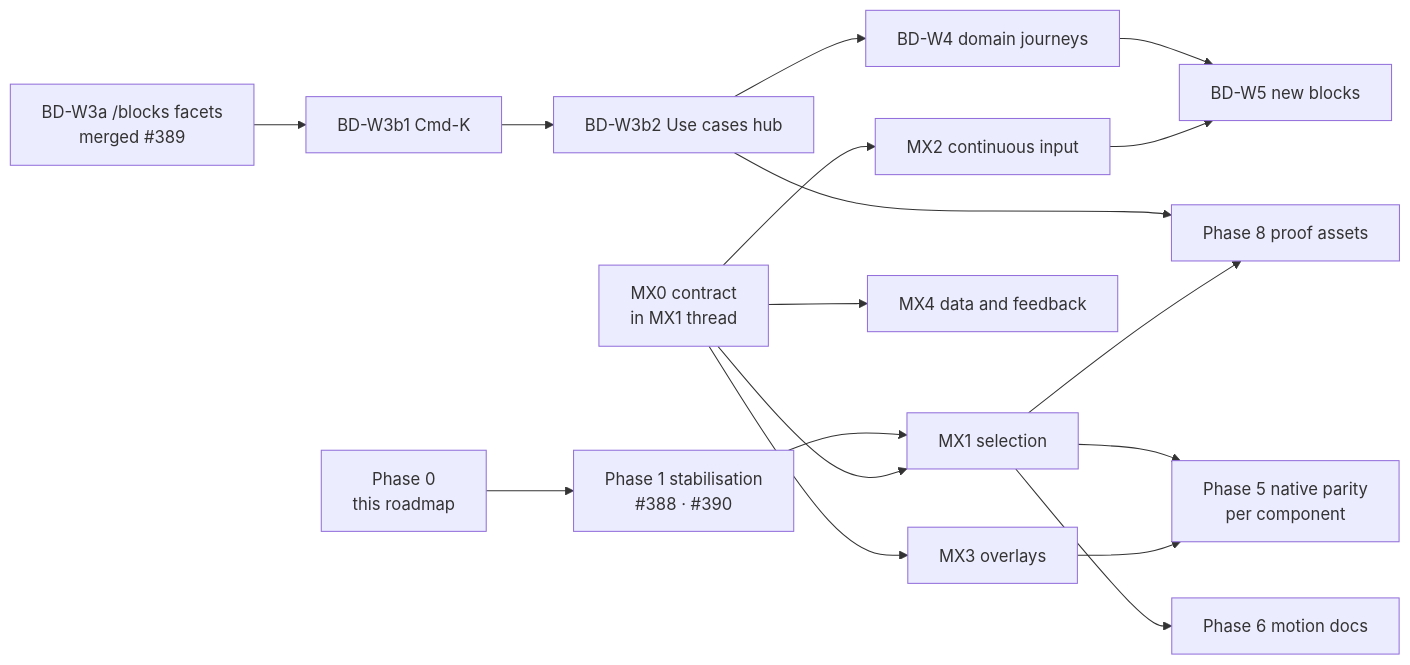
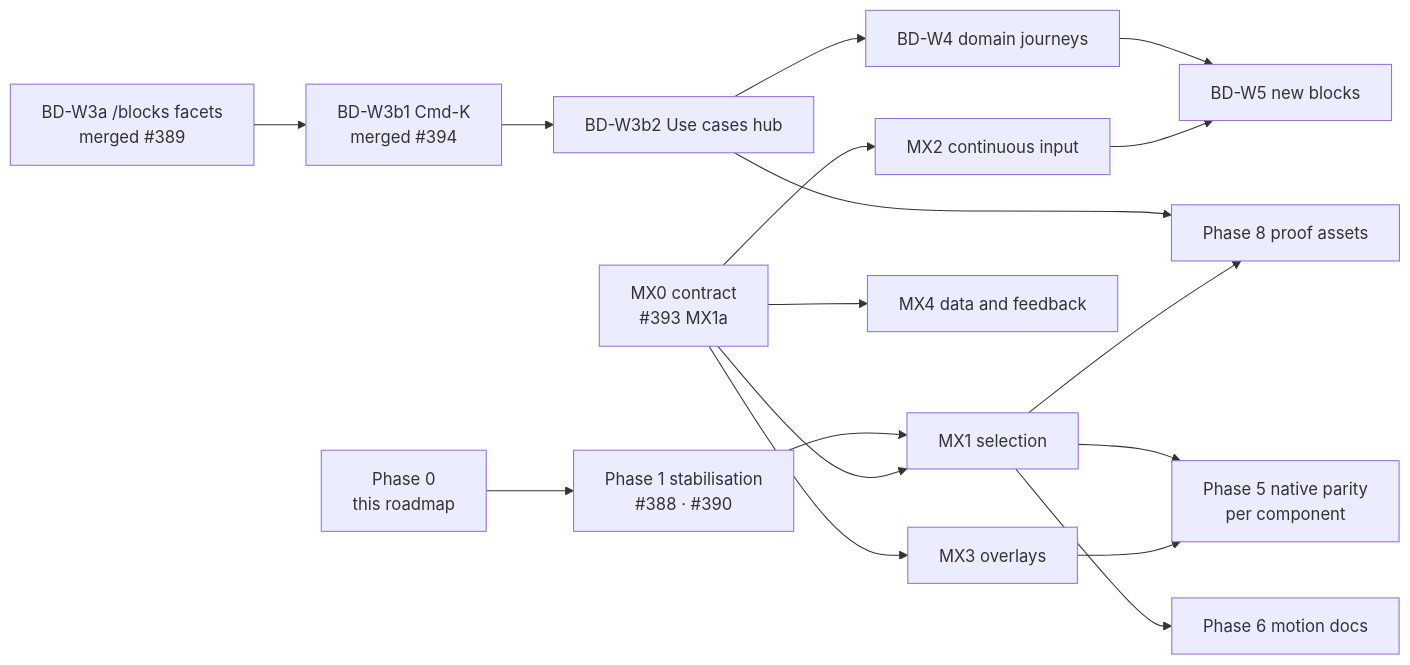
Before and after one commit to zedalleys/kinetixui: the diagram in docs/roadmaps/PRODUCT-MOTION-DISCOVERY-ROADMAP.md, drawn with Mermaid. The commit also changed other lines of this file, not shown here.

First line of the commit message:
docs(roadmap): refresh baseline to main 4c6a0af, PR states, D1 decision and #393/#394

````diff
--- a/docs/roadmaps/PRODUCT-MOTION-DISCOVERY-ROADMAP.md
+++ b/docs/roadmaps/PRODUCT-MOTION-DISCOVERY-ROADMAP.md
@@ -113,19 +114,19 @@
 ```mermaid
 flowchart LR
   P0[Phase 0<br/>this roadmap] --> P1
   P1[Phase 1 stabilisation<br/>#388 · #390] --> MX1
-  MX0[MX0 contract<br/>in MX1 thread] --> MX1[MX1 selection]
+  MX0[MX0 contract<br/>#393 MX1a] --> MX1[MX1 selection]
   MX0 --> MX2[MX2 continuous input]
   MX0 --> MX3[MX3 overlays]
   MX0 --> MX4[MX4 data and feedback]
-  BD3a[BD-W3a /blocks facets<br/>merged #389] --> BD3b1[BD-W3b1 Cmd-K]
+  BD3a[BD-W3a /blocks facets<br/>merged #389] --> BD3b1[BD-W3b1 Cmd-K<br/>merged #394]
   BD3b1 --> BD3b2[BD-W3b2 Use cases hub]
   BD3b2 --> BD4[BD-W4 domain journeys]
   BD4 --> BD5[BD-W5 new blocks]
   MX2 --> BD5
   MX1 --> P5[Phase 5 native parity<br/>per component]
   MX3 --> P5
   MX1 --> P6[Phase 6 motion docs]
   BD3b2 --> P8[Phase 8 proof assets]
   MX1 --> P8
 ```
````
